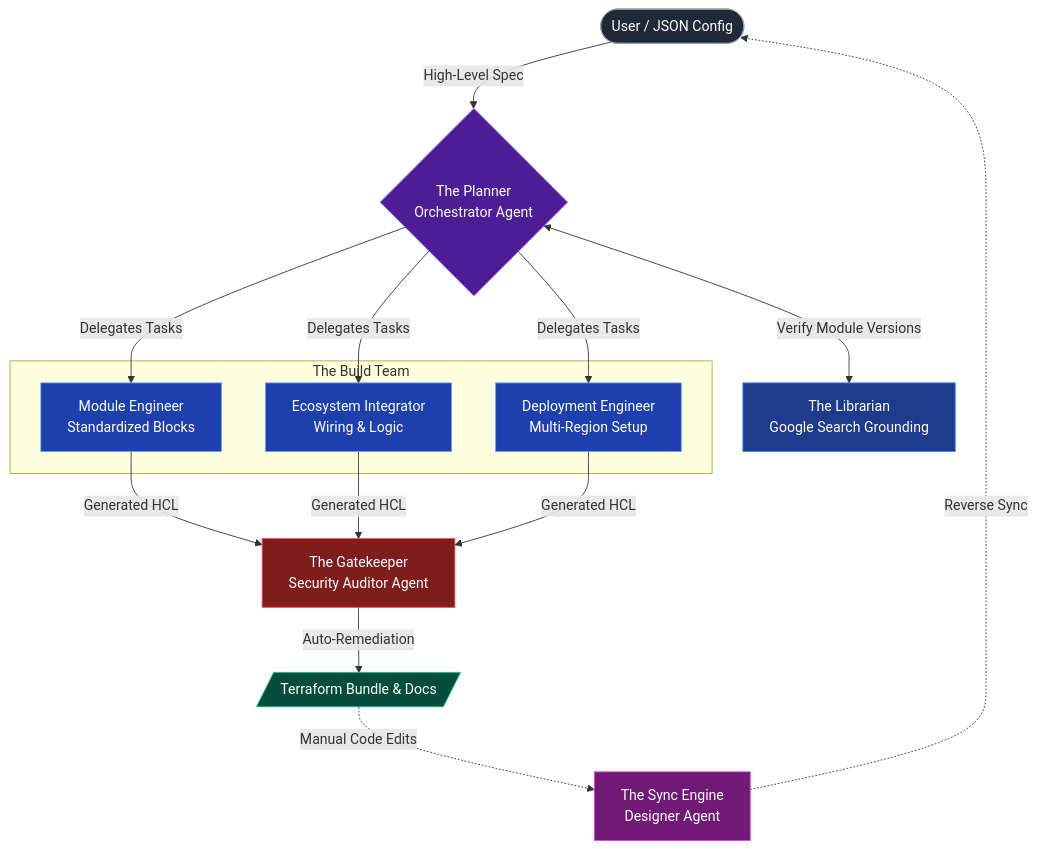
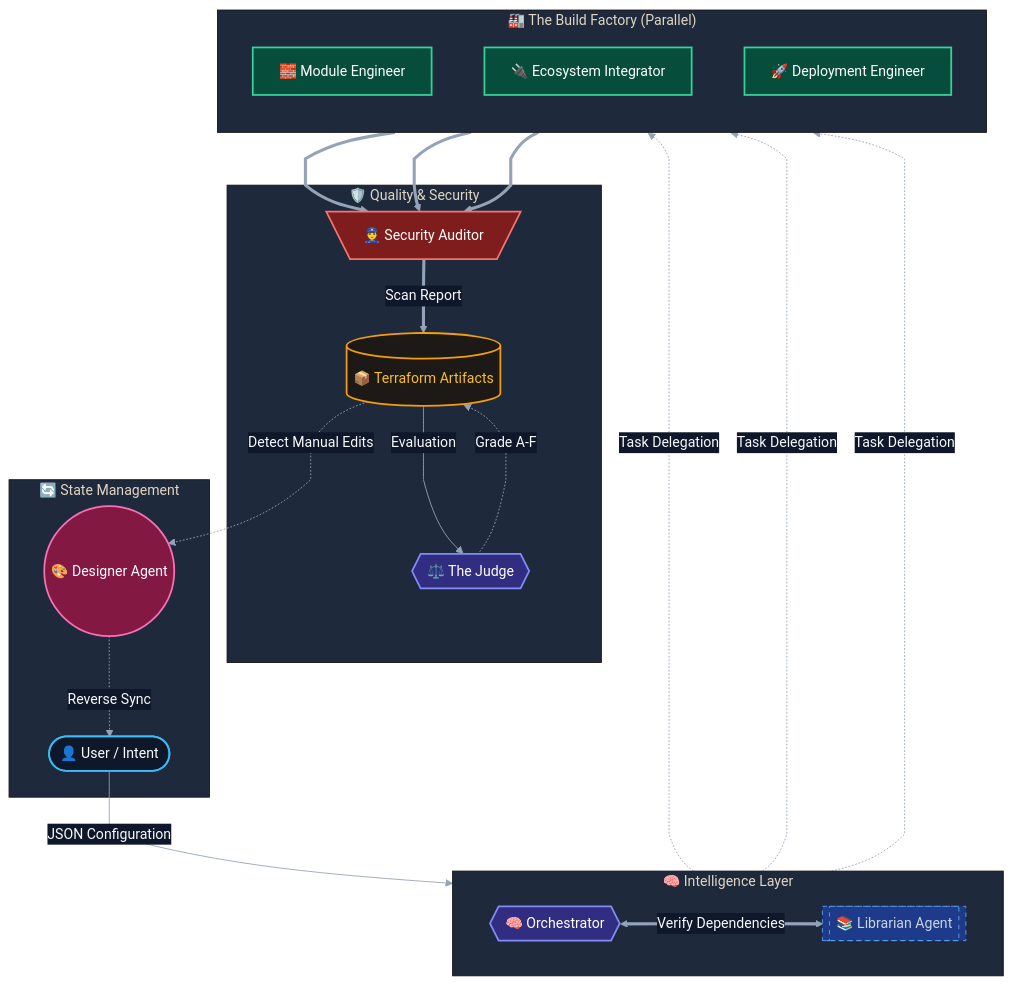
One commit to Farheen-J/cloudaccel-agent changed the diagram in README.md. Above: the diagram before and after it, drawn with Mermaid. The commit also changed other lines of this file and 5 other files, not shown here.

First line of the commit message:
feat: Introduce agent quality reporting and new agent roles

````diff
--- a/README.md
+++ b/README.md
@@ -38,62 +48,65 @@
 ```mermaid
-graph TD
-    %% Nodes
-    User([User / JSON Config])
+%%{
+  init: {
+    'theme': 'base',
+    'themeVariables': {
+      'primaryColor': '#1e293b',
+      'primaryTextColor': '#f8fafc',
+      'primaryBorderColor': '#475569',
+      'lineColor': '#94a3b8',
+      'secondaryColor': '#0f172a',
+      'tertiaryColor': '#1e293b',
+      'fontFamily': 'Inter, system-ui, sans-serif'
+    },
+    'flowchart': {
+      'curve': 'monotoneX',
+      'nodeSpacing': 60,
+      'rankSpacing': 60
+    }
+  }
+}%%
+flowchart TD
+    %% Classes for styling
+    classDef user fill:#0f172a,stroke:#38bdf8,stroke-width:2px,color:#fff,shadow:5px
+    classDef brain fill:#312e81,stroke:#818cf8,stroke-width:2px,color:#fff
+    classDef tool fill:#1e3a8a,stroke:#60a5fa,stroke-width:1px,stroke-dasharray: 5 5,color:#cbd5e1
+    classDef builder fill:#064e3b,stroke:#34d399,stroke-width:2px,color:#fff
+    classDef guard fill:#7f1d1d,stroke:#f87171,stroke-width:2px,color:#fff
+    classDef artifact fill:#1c1917,stroke:#f59e0b,stroke-width:2px,color:#fbbf24
+    classDef sync fill:#831843,stroke:#f472b6,stroke-width:2px,color:#fff
+
+    User([👤 User / Intent]) -->|JSON Configuration| Orch{{🧠 Orchestrator}}
     
-    %% 1. The Planner
-    Orch{The Planner<br/>Orchestrator Agent}
-    
-    %% 2. The Librarian
-    Lib[The Librarian<br/>Google Search Grounding]
-    
-    %% 3. The Build Team
-    subgraph "The Build Team"
-        ModEng[Module Engineer<br/>Standardized Blocks]
-        EcoInt[Ecosystem Integrator<br/>Wiring & Logic]
-        DepEng[Deployment Engineer<br/>Multi-Region Setup]
+    subgraph Intelligence ["🧠 Intelligence Layer"]
+        direction LR
+        Orch <==>|Verify Dependencies| Lib[[📚 Librarian Agent]]
     end
-    
-    %% 4. The Gatekeeper
-    Aud[The Gatekeeper<br/>Security Auditor Agent]
-    
-    %% Output Artifacts
-    Output[/Terraform Bundle & Docs/]
-    
-    %% 5. The Sync Engine
-    Designer[The Sync Engine<br/>Designer Agent]
 
-    %% Flow Relationships
-    User -->|High-Level Spec| Orch
-    Orch <-->|Verify Module Versions| Lib
-    
-    Orch -->|Delegates Tasks| ModEng
-    Orch -->|Delegates Tasks| EcoInt
-    Orch -->|Delegates Tasks| DepEng
-    
-    ModEng -->|Generated HCL| Aud
-    EcoInt -->|Generated HCL| Aud
-    DepEng -->|Generated HCL| Aud
-    
-    Aud -->|Auto-Remediation| Output
-    
-    %% Reverse Sync Loop
-    Output -.->|Manual Code Edits| Designer
-    Designer -.->|Reverse Sync| User
+    subgraph Factory ["🏭 The Build Factory (Parallel)"]
+        direction TB
+        Orch -.->|Task Delegation| Mod[🧱 Module Engineer]
+        Orch -.->|Task Delegation| Eco[🔌 Ecosystem Integrator]
+        Orch -.->|Task Delegation| Dep[🚀 Deployment Engineer]
+    end
 
-    %% Styling
-    classDef user fill:#1f2937,stroke:#9ca3af,color:#fff
-    classDef planner fill:#4c1d95,stroke:#8b5cf6,color:#fff
-    classDef tool fill:#1e3a8a,stroke:#3b82f6,color:#fff
-    classDef builder fill:#1e40af,stroke:#60a5fa,color:#fff
-    classDef security fill:#7f1d1d,stroke:#ef4444,color:#fff
-    classDef sync fill:#701a75,stroke:#d946ef,color:#fff
-    classDef artifact fill:#064e3b,stroke:#10b981,color:#fff
+    subgraph Validation ["🛡️ Quality & Security"]
+        Mod & Eco & Dep ==> Aud[\👮 Security Auditor/]
+        Aud ==>|Scan Report | Output[(📦 Terraform Artifacts)]
+        Output -->|Evaluation| Judge{{⚖️ The Judge}}
+        Judge -.->|Grade A-F| Output
+    end
 
+    subgraph State ["🔄 State Management"]
+        Output -.->|Detect Manual Edits| Designer((🎨 Designer Agent))
+        Designer -.->|Reverse Sync| User
+    end
+
+    %% Assign Classes
     class User user
-    class Orch planner
+    class Orch,Judge brain
     class Lib tool
-    class ModEng,EcoInt,DepEng builder
-    class Aud security
+    class Mod,Eco,Dep builder
+    class Aud guard
+    class Output artifact
     class Designer sync
-    class Output artifact
 ```
````
